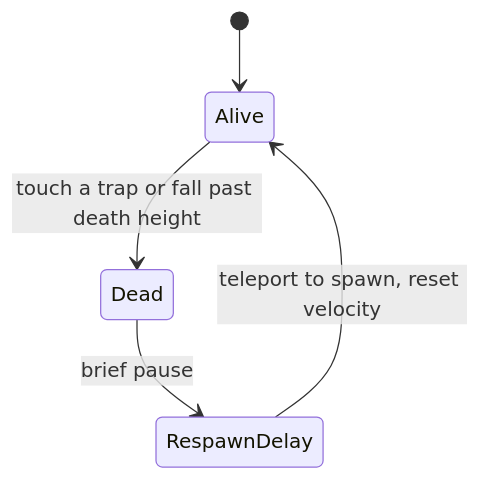
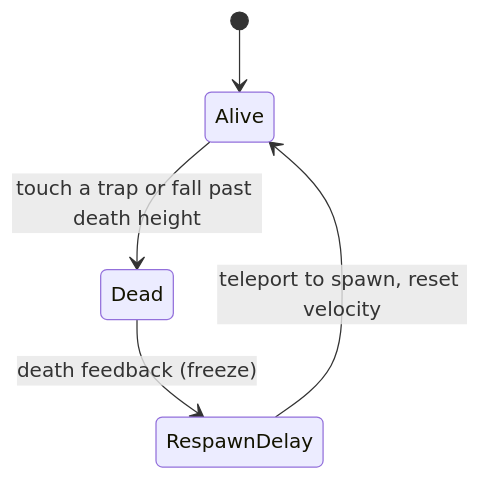
The second of 6 diagrams in docs/components.md (gba-projekt-thi/platformer), drawn with Mermaid before and after one commit. The commit also changed other lines of this file, not shown here.

````diff
--- a/docs/components.md
+++ b/docs/components.md
@@ -159,7 +129,7 @@
 ```mermaid
 stateDiagram-v2
     [*] --> Alive
     Alive --> Dead: touch a trap or fall past death height
-    Dead --> RespawnDelay: brief pause
+    Dead --> RespawnDelay: death feedback (freeze)
     RespawnDelay --> Alive: teleport to spawn, reset velocity
 ```
````
